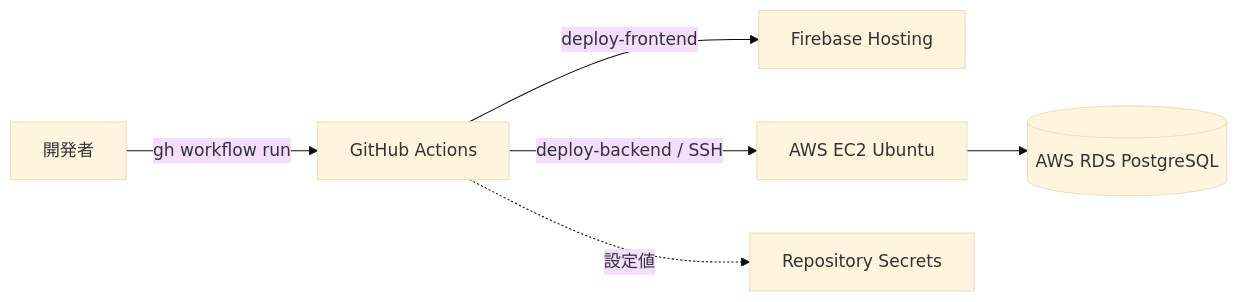
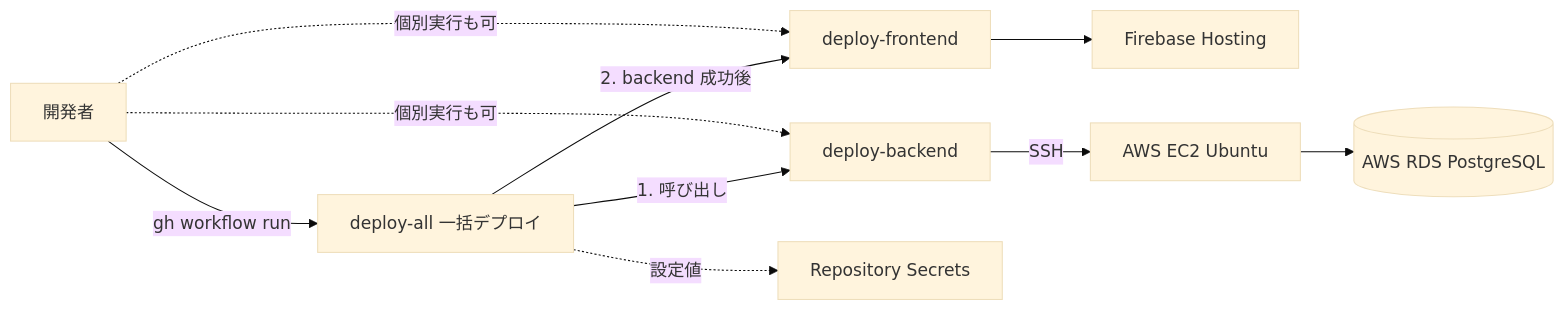
The diagram in infra/deploy-guide.md (TSUNAGUBA/undeux-sales-suite), drawn with Mermaid (base theme) before and after one commit. The commit also changed 1 other file, not shown here.

Commit message:
docs(infra): デプロイ構成図に deploy-all を反映し concurrency のキュー挙動を注記
レビュー INFO 指摘の反映:
- Q-1: deploy-guide.md の Mermaid 構成図を deploy-all 基準（個別実行併記）に更新
- S-1: concurrency の待機 run 置換挙動（実行中は保護・待機は1件のみ）を infra/README.md に注記

https://claude.ai/code/session_01K4PYoPHv1a9gbLS6qD2LJ7

````diff
--- a/infra/deploy-guide.md
+++ b/infra/deploy-guide.md
@@ -12,8 +12,12 @@
 ```mermaid
 graph LR
-    Dev[開発者] -->|gh workflow run| GHA[GitHub Actions]
-    GHA -->|deploy-frontend| FH[Firebase Hosting]
-    GHA -->|deploy-backend / SSH| EC2[AWS EC2 Ubuntu]
+    Dev[開発者] -->|gh workflow run| ALL[deploy-all 一括デプロイ]
+    ALL -->|1. 呼び出し| BE[deploy-backend]
+    ALL -->|2. backend 成功後| FE[deploy-frontend]
+    Dev -. 個別実行も可 .-> BE
+    Dev -. 個別実行も可 .-> FE
+    FE --> FH[Firebase Hosting]
+    BE -->|SSH| EC2[AWS EC2 Ubuntu]
     EC2 --> RDS[(AWS RDS PostgreSQL)]
-    GHA -. 設定値 .-> SEC[Repository Secrets]
+    ALL -. 設定値 .-> SEC[Repository Secrets]
 ```
````
